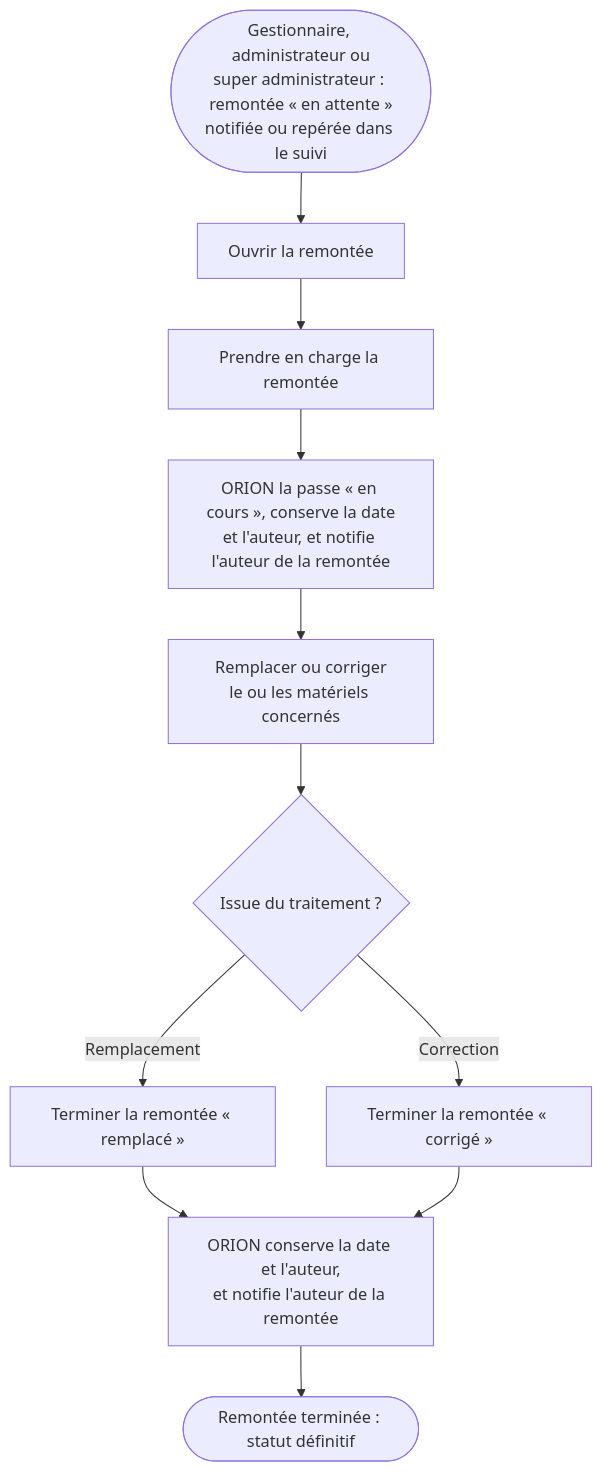
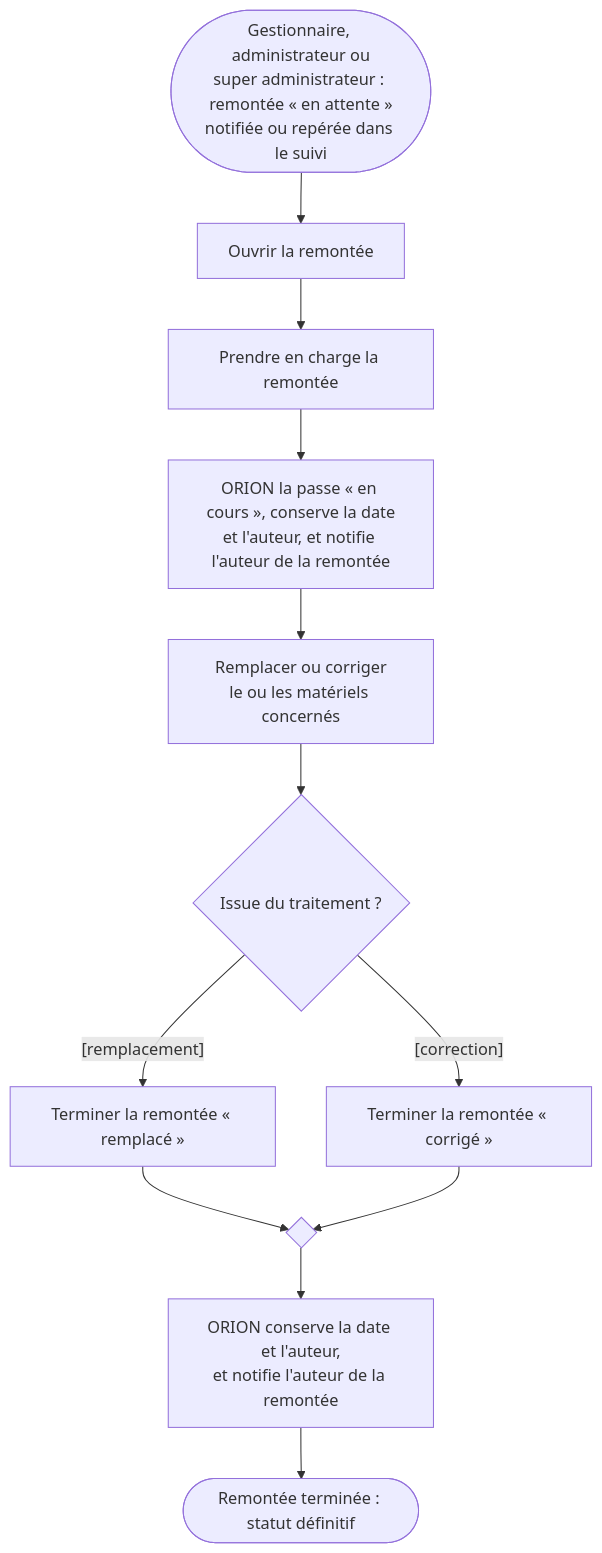
The fourth of 10 diagrams in docs/02-ANALYSE/01-MODELISATION-METIER/02-DIAGRAMMES-ACTIVITE.md (bpierrelouis/aster), drawn with Mermaid before and after one commit. The commit also changed other lines of this file and 34 other files, not shown here.

First line of the commit message:
docs(diagrammes): aligner les diagrammes UML sur le code et les remettre en page

````diff
--- a/docs/02-ANALYSE/01-MODELISATION-METIER/02-DIAGRAMMES-ACTIVITE.md
+++ b/docs/02-ANALYSE/01-MODELISATION-METIER/02-DIAGRAMMES-ACTIVITE.md
@@ -76,13 +79,14 @@
 ```mermaid
 flowchart TD
     debut(["Gestionnaire, administrateur ou<br/>super administrateur : remontée « en attente »<br/>notifiée ou repérée dans le suivi"]) --> ouvrir["Ouvrir la remontée"]
     ouvrir --> prendre["Prendre en charge la remontée"]
     prendre --> encours["ORION la passe « en cours », conserve la date<br/>et l'auteur, et notifie l'auteur de la remontée"]
     encours --> intervenir["Remplacer ou corriger<br/>le ou les matériels concernés"]
     intervenir --> issue{"Issue du traitement ?"}
-    issue -->|"Remplacement"| remplace["Terminer la remontée « remplacé »"]
-    issue -->|"Correction"| corrige["Terminer la remontée « corrigé »"]
-    remplace --> terminer["ORION conserve la date et l'auteur,<br/>et notifie l'auteur de la remontée"]
-    corrige --> terminer
+    issue -->|"[remplacement]"| remplace["Terminer la remontée « remplacé »"]
+    issue -->|"[correction]"| corrige["Terminer la remontée « corrigé »"]
+    remplace --> fusion{" "}
+    corrige --> fusion
+    fusion --> terminer["ORION conserve la date et l'auteur,<br/>et notifie l'auteur de la remontée"]
     terminer --> fin(["Remontée terminée : statut définitif"])
 ```
````
